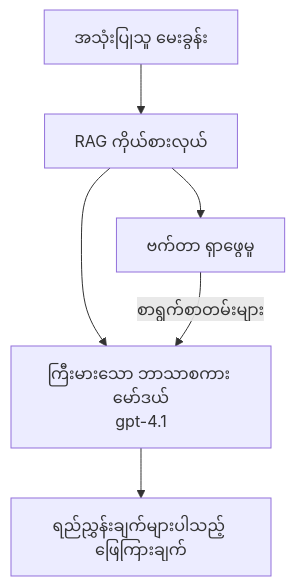
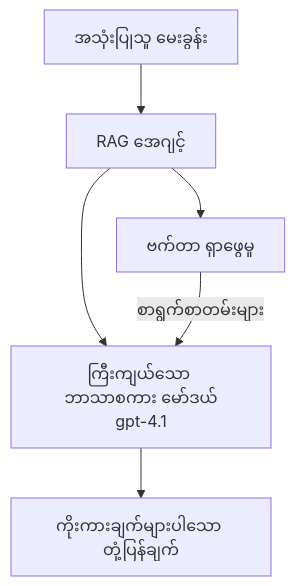
The second of 3 diagrams in translations/my/docs/chapter-02-ai-development/agents.md (microsoft/AZD-for-beginners), drawn with Mermaid before and after one commit. The commit also changed other lines of this file and 101 other files, not shown here.

````diff
--- a/translations/my/docs/chapter-02-ai-development/agents.md
+++ b/translations/my/docs/chapter-02-ai-development/agents.md
@@ -170,8 +175,8 @@
 ```mermaid
 graph TD
-    Query[အသုံးပြုသူ မေးခွန်း] --> RAG[RAG ကိုယ်စားလှယ်]
+    Query[အသုံးပြုသူ မေးခွန်း] --> RAG[RAG အေဂျင့်]
     RAG --> Vector[ဗက်တာ ရှာဖွေမှု]
-    RAG --> LLM[ကြီးမားသော ဘာသာစကား မော်ဒယ်<br/>gpt-4.1]
+    RAG --> LLM[ကြီးကျယ်သော ဘာသာစကား မော်ဒယ်<br/>gpt-4.1]
     Vector -- စာရွက်စာတမ်းများ --> LLM
-    LLM --> Response[ရည်ညွှန်းချက်များပါသည့် ဖြေကြားချက်]
+    LLM --> Response[ကိုးကားချက်များပါသော တုံ့ပြန်ချက်]
 ```
````
